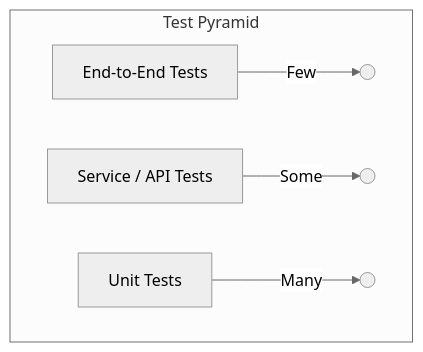
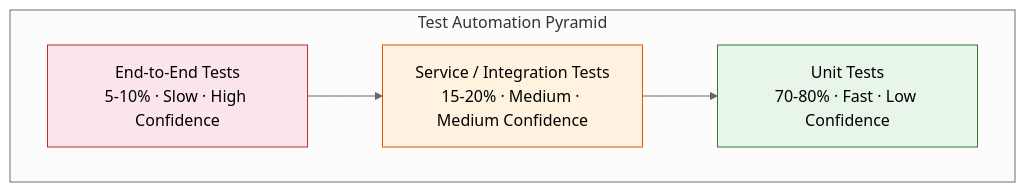
The second of 7 diagrams in docs/courses/software-engineering/06-testing.md (Raushan666java/ai-engineering-journey), drawn with Mermaid (neutral theme) before and after one commit. The commit also changed other lines of this file and 15 other files, not shown here.

Commit message:
deploy: software-engineering overhaul - 16 chapters expanded to avg 1284L (+7649L), richer Mermaid, more TS, deeper content

````diff
--- a/docs/courses/software-engineering/06-testing.md
+++ b/docs/courses/software-engineering/06-testing.md
@@ -39,11 +53,15 @@
 ```mermaid
 graph TD
-    subgraph "Test Pyramid"
-        E2E[End-to-End Tests] -->|Few| L1
-        SVC[Service / API Tests] -->|Some| L2
-        UNIT[Unit Tests] -->|Many| L3
+    classDef e2e fill:#fce4ec,stroke:#c62828
+    classDef svc fill:#fff3e0,stroke:#e65100
+    classDef unit fill:#e8f5e9,stroke:#2e7d32
+
+    subgraph "Test Automation Pyramid"
+        E2E[End-to-End Tests<br>5-10% · Slow · High Confidence]:::e2e
+        SVC[Service / Integration Tests<br>15-20% · Medium · Medium Confidence]:::svc
+        UNIT[Unit Tests<br>70-80% · Fast · Low Confidence]:::unit
     end
-    L1(( ))
-    L2(( ))
-    L3(( ))
+    
+    E2E --> SVC
+    SVC --> UNIT
 ```
````
